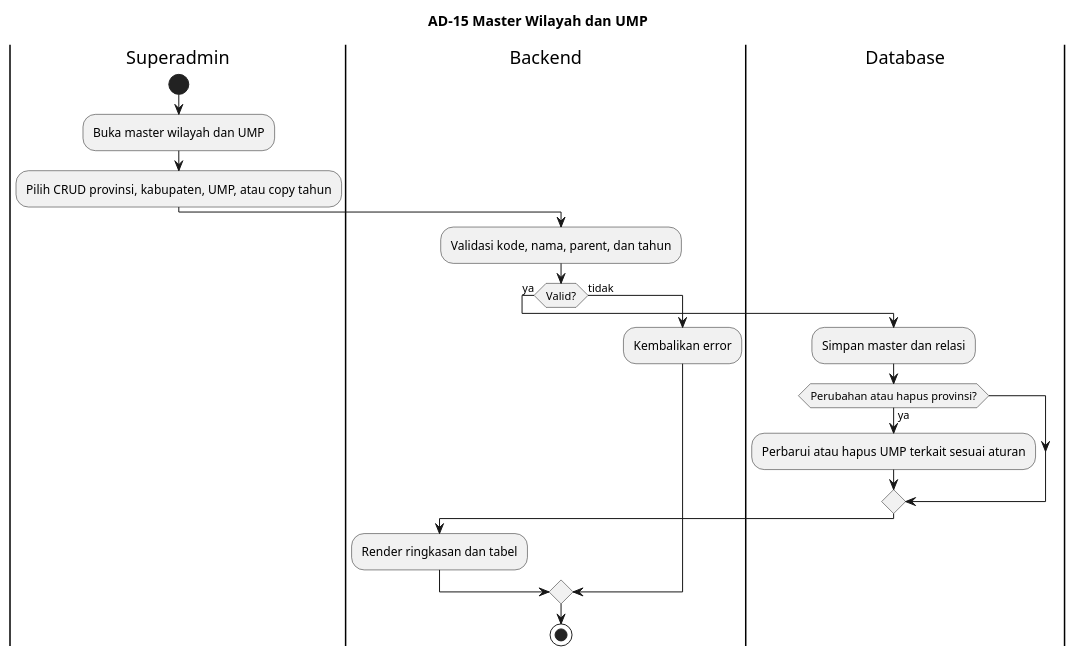
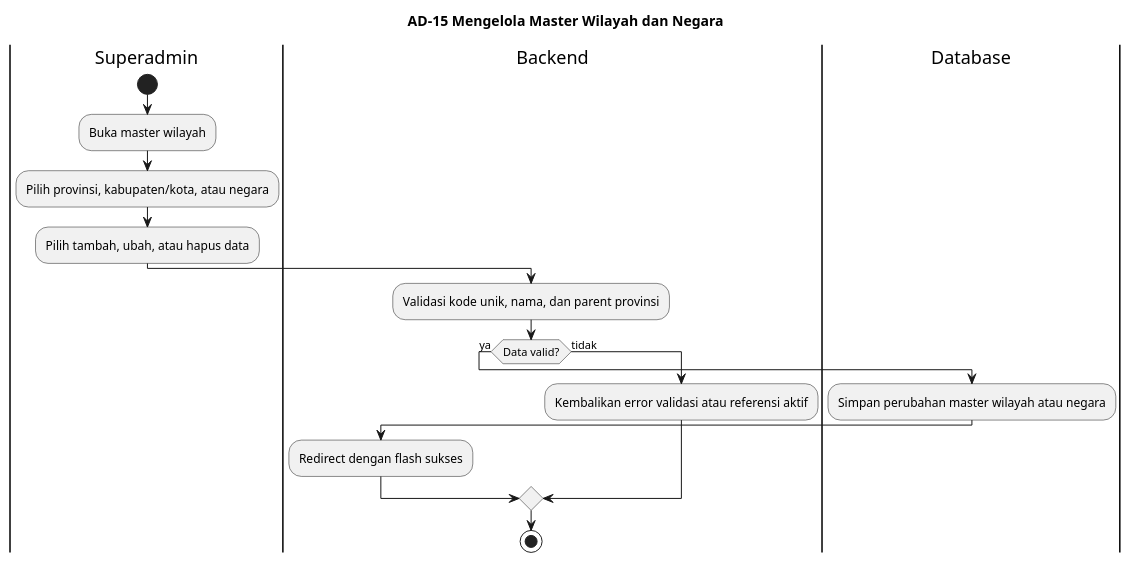
The diagram in docs/uml/activity-diagrams/AD-15-master-wilayah-ump.puml (claraanjelitakd/tugas-akhir), drawn with PlantUML before and after one commit. The commit also changed 19 other files, not shown here.

Commit message:
docs: revise UCD and activity diagrams

```diff
--- a/docs/uml/activity-diagrams/AD-15-master-wilayah-ump.puml
+++ b/docs/uml/activity-diagrams/AD-15-master-wilayah-ump.puml
@@ -1,21 +1,19 @@
 @startuml
-title AD-15 Master Wilayah dan UMP
+title AD-15 Mengelola Master Wilayah dan Negara
 |Superadmin|
 start
-:Buka master wilayah dan UMP;
-:Pilih CRUD provinsi, kabupaten, UMP, atau copy tahun;
+:Buka master wilayah;
+:Pilih provinsi, kabupaten/kota, atau negara;
+:Pilih tambah, ubah, atau hapus data;
 |Backend|
-:Validasi kode, nama, parent, dan tahun;
-if (Valid?) then (ya)
+:Validasi kode unik, nama, dan parent provinsi;
+if (Data valid?) then (ya)
   |Database|
-  :Simpan master dan relasi;
-  if (Perubahan atau hapus provinsi?) then (ya)
-    :Perbarui atau hapus UMP terkait sesuai aturan;
-  endif
+  :Simpan perubahan master wilayah atau negara;
   |Backend|
-  :Render ringkasan dan tabel;
+  :Redirect dengan flash sukses;
 else (tidak)
-  :Kembalikan error;
+  :Kembalikan error validasi atau referensi aktif;
 endif
 stop
 @enduml
```
